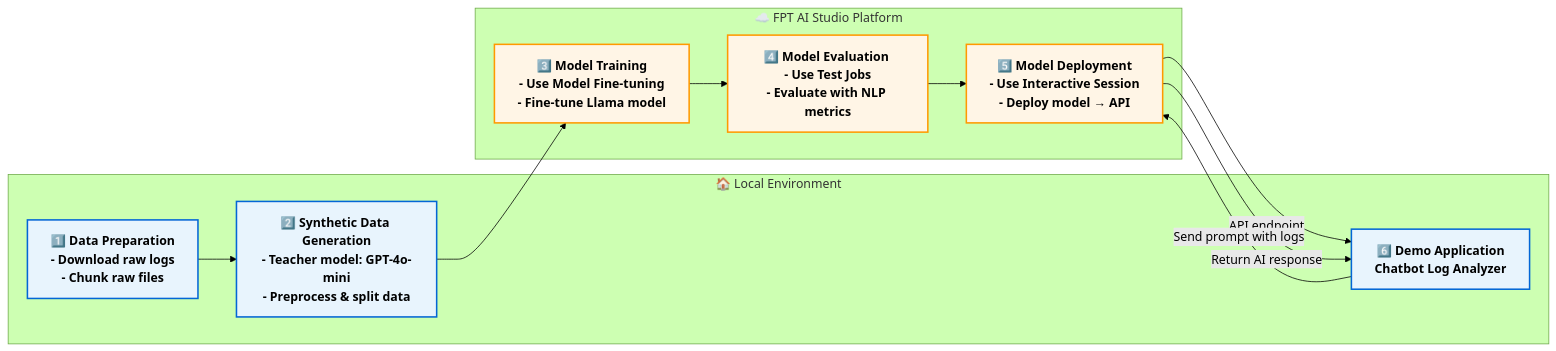
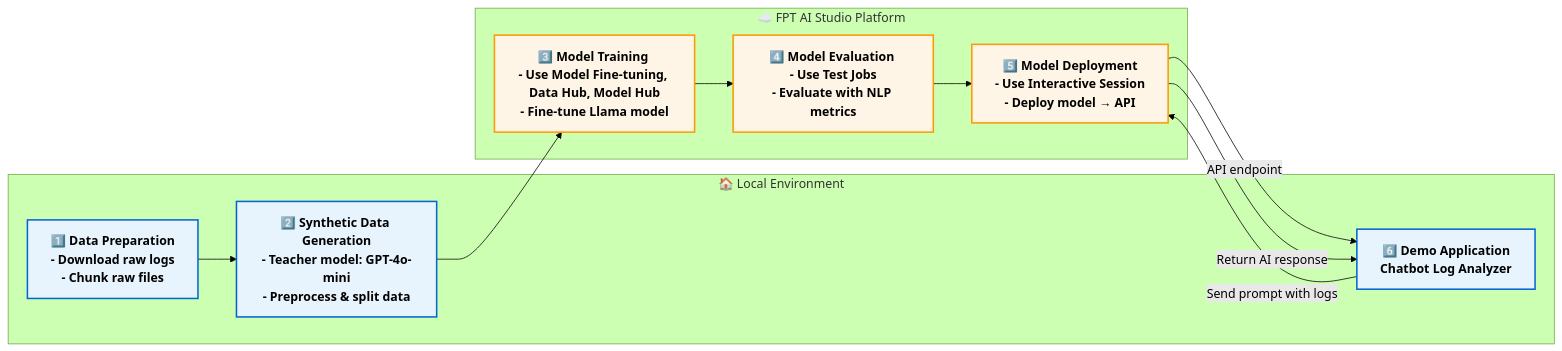
One commit to fpt-corp/ai-studio changed the diagram in tutorials/log-analyzer-chatbot/README.md. Above: the diagram before and after it, drawn with Mermaid (forest theme). The commit also changed other lines of this file, not shown here.

Commit message:
chore: add model hub, data hub to readme

````diff
--- a/tutorials/log-analyzer-chatbot/README.md
+++ b/tutorials/log-analyzer-chatbot/README.md
@@ -17,30 +17,30 @@
 ```mermaid
 flowchart LR
   %% ==== Style definitions ====
   classDef local fill:#e8f4fd,stroke:#0366d6,stroke-width:2px,color:#000,font-weight:bold;
   classDef studio fill:#fff5e6,stroke:#ff9900,stroke-width:2px,color:#000,font-weight:bold;
   classDef neutral fill:#f8f9fa,stroke:#ccc,stroke-width:1px,color:#333;
 
   %% ==== Columns ====
   subgraph L["🏠 Local Environment"]
     A1["1️⃣ Data Preparation<br/>- Download raw logs<br/>- Chunk raw files"]:::local
     A2["2️⃣ Synthetic Data Generation<br/>- Teacher model: GPT-4o-mini<br/>- Preprocess & split data"]:::local
     A3["6️⃣ Demo Application<br/>Chatbot Log Analyzer"]:::local
   end
 
   subgraph R["☁️ FPT AI Studio Platform"]
-    B2["3️⃣ Model Training <br/>- Use Model Fine-tuning<br/>- Fine-tune Llama model"]:::studio
+    B2["3️⃣ Model Training <br/>- Use Model Fine-tuning, Data Hub, Model Hub<br/>- Fine-tune Llama model"]:::studio
     B3["4️⃣ Model Evaluation <br/>- Use Test Jobs<br/>- Evaluate with NLP metrics"]:::studio
     B5["5️⃣ Model Deployment <br/>- Use Interactive Session<br/>- Deploy model → API"]:::studio
   end
 
   %% ==== Flow between columns ====
   A1 --> A2
   A2 --> B2
   B2 --> B3
   B3 --> B5
 
   B5 -->|API endpoint| A3
   A3 -->|Send prompt with logs| B5
   B5 -->|Return AI response | A3
 ```
````
